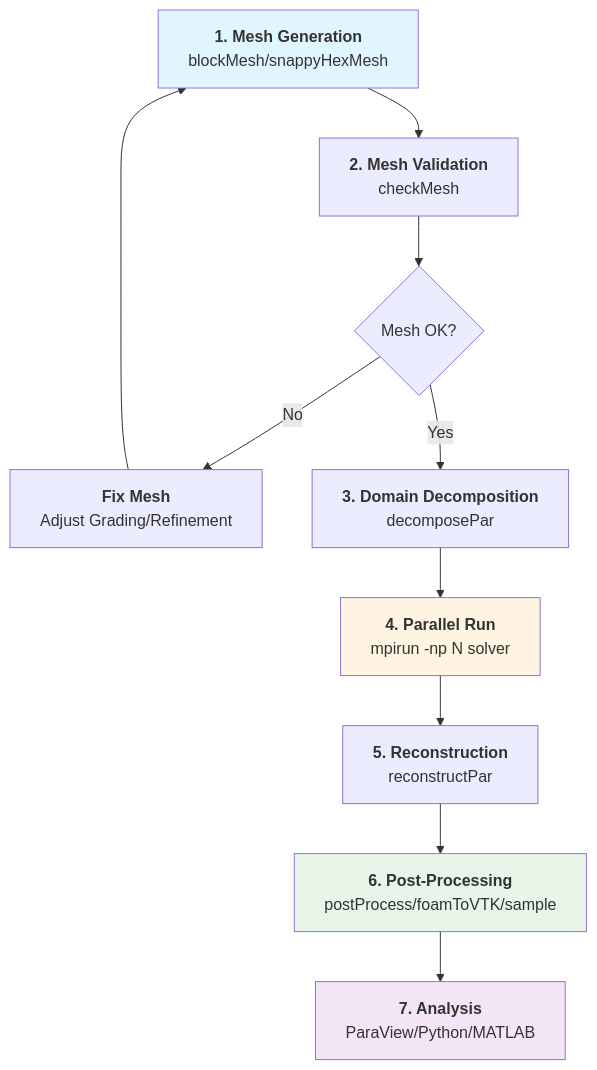
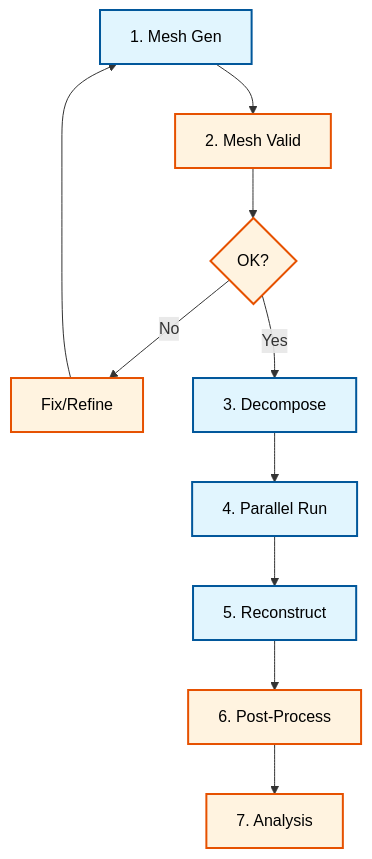
Before and after one commit to wramet/build-my-cfd: the diagram in MODULE_07_UTILITIES_AUTOMATION/CONTENT/08_EXPERT_UTILITIES/04_Essential_Utilities_for_Common_CFD_Tasks.md, drawn with Mermaid. The commit also changed 313 other files, not shown here.

Commit message:
Revise all diagram

````diff
--- a/MODULE_07_UTILITIES_AUTOMATION/CONTENT/08_EXPERT_UTILITIES/04_Essential_Utilities_for_Common_CFD_Tasks.md
+++ b/MODULE_07_UTILITIES_AUTOMATION/CONTENT/08_EXPERT_UTILITIES/04_Essential_Utilities_for_Common_CFD_Tasks.md
@@ -1394,17 +1394,14 @@
 ```mermaid
 flowchart TD
-    A[<b>1. Mesh Generation</b><br>blockMesh/snappyHexMesh] --> B[<b>2. Mesh Validation</b><br>checkMesh]
-    B --> C{Mesh OK?}
-    C -->|No| D[<b>Fix Mesh</b><br>Adjust Grading/Refinement]
-    D --> A
-    C -->|Yes| E[<b>3. Domain Decomposition</b><br>decomposePar]
-    E --> F[<b>4. Parallel Run</b><br>mpirun -np N solver]
-    F --> G[<b>5. Reconstruction</b><br>reconstructPar]
-    G --> H[<b>6. Post-Processing</b><br>postProcess/foamToVTK/sample]
-    H --> I[<b>7. Analysis</b><br>ParaView/Python/MATLAB]
-
-    style A fill:#e1f5ff
-    style F fill:#fff4e1
-    style H fill:#e8f5e9
-    style I fill:#f3e5f5
+classDef implicit fill:#e1f5fe,stroke:#01579b,stroke-width:2px,color:#000
+classDef explicit fill:#fff3e0,stroke:#e65100,stroke-width:2px,color:#000
+A[1. Mesh Gen]:::implicit --> B[2. Mesh Valid]:::explicit
+B --> C{OK?}:::explicit
+C -->|No| D[Fix/Refine]:::explicit
+D --> A
+C -->|Yes| E[3. Decompose]:::implicit
+E --> F[4. Parallel Run]:::implicit
+F --> G[5. Reconstruct]:::implicit
+G --> H[6. Post-Process]:::explicit
+H --> I[7. Analysis]:::explicit
 ```
````
